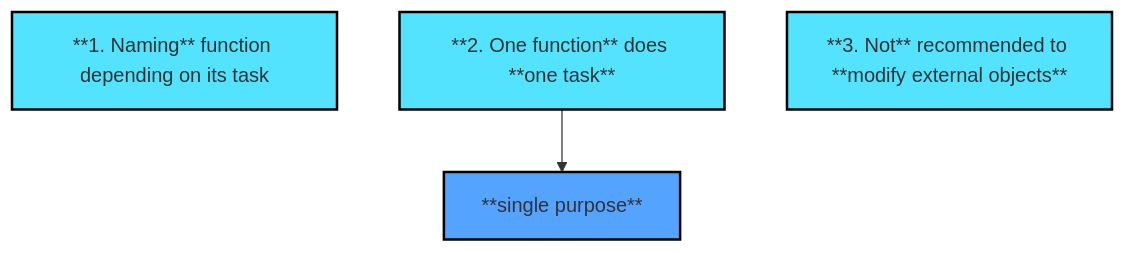
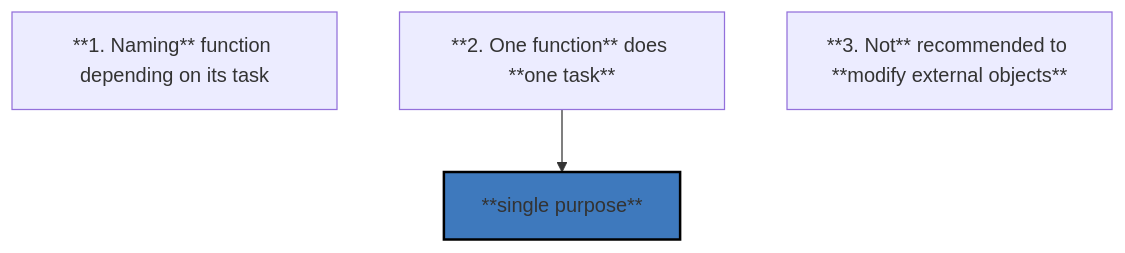
One commit to alex-monichev/hello-web changed the second of 8 diagrams in notes/js.md. Above: the diagram before and after it, drawn with Mermaid. The commit also changed other lines of this file, not shown here.

````diff
--- a/notes/js.md
+++ b/notes/js.md
@@ -542,12 +540,8 @@
 ```mermaid
 graph TD
     A[**1. Naming** function depending on its task]
     B[**2. One function** does **one task**]
     B --> D[**single purpose**]
     C[**3. Not** recommended to **modify external objects**]
-  
-style A fill:#54e3ff,stroke:#000000,stroke-width:2px
-style B fill:#54e3ff,stroke:#000000,stroke-width:2px
-style C fill:#54e3ff,stroke:#000000,stroke-width:2px
-style D fill:#54a4ff, stroke: #000000, stroke-width:2px
+style D fill:#3e79bd, stroke: #000000, stroke-width:2px
 ```
````
